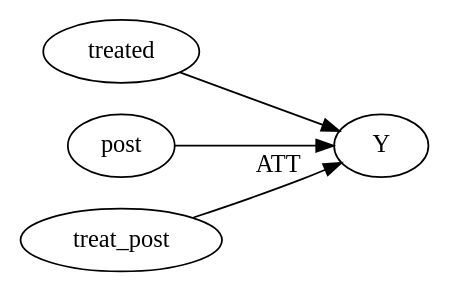
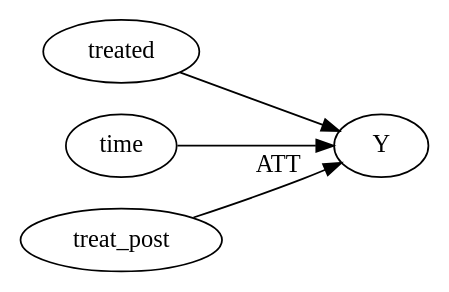
The diagram in docs/examples/did.qmd (pymc-labs/pathmc), drawn with Graphviz before and after one commit. The commit also changed other lines of this file, not shown here.

````diff
--- a/docs/examples/did.qmd
+++ b/docs/examples/did.qmd
@@ -17,10 +19,10 @@
 ```{dot}
 //| fig-cap: "DiD DAG: treatment effect identified by the interaction term."
 //| fig-width: 4
 digraph {
   rankdir=LR
   treated -> Y
-  post -> Y
+  time -> Y
   treat_post -> Y [label="ATT"]
 }
 ```
````
